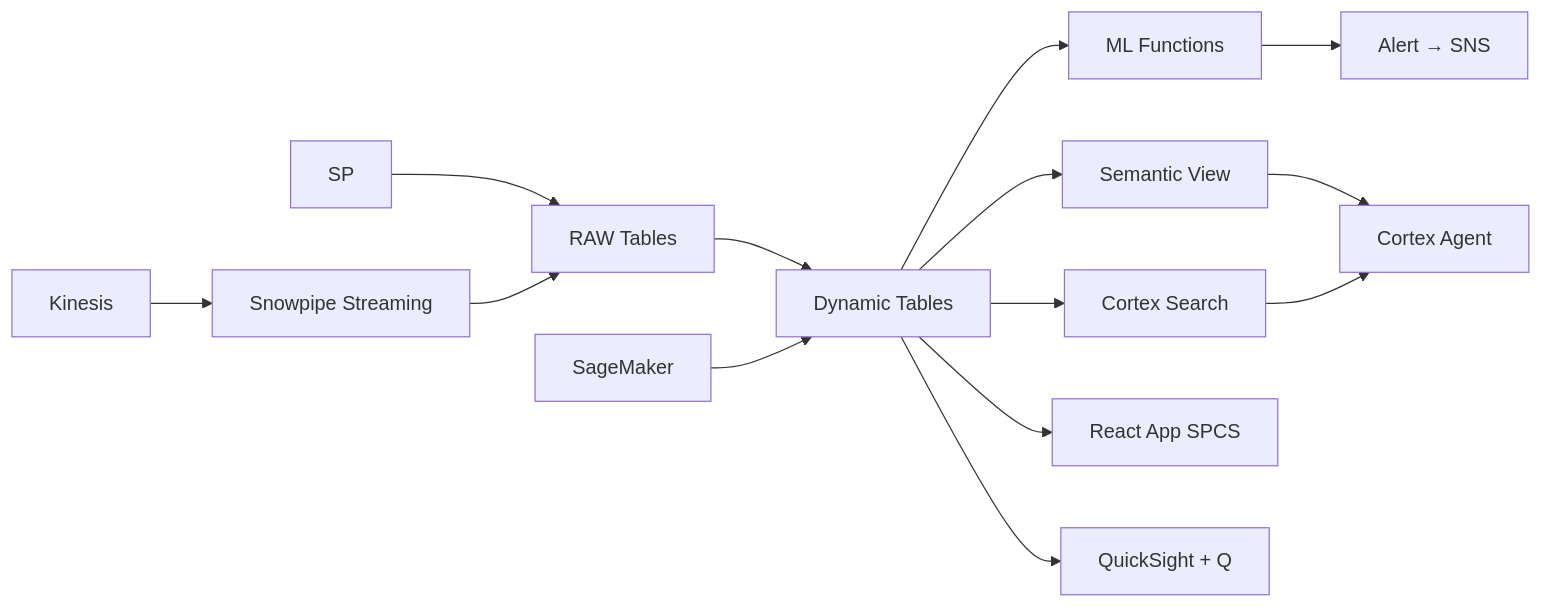
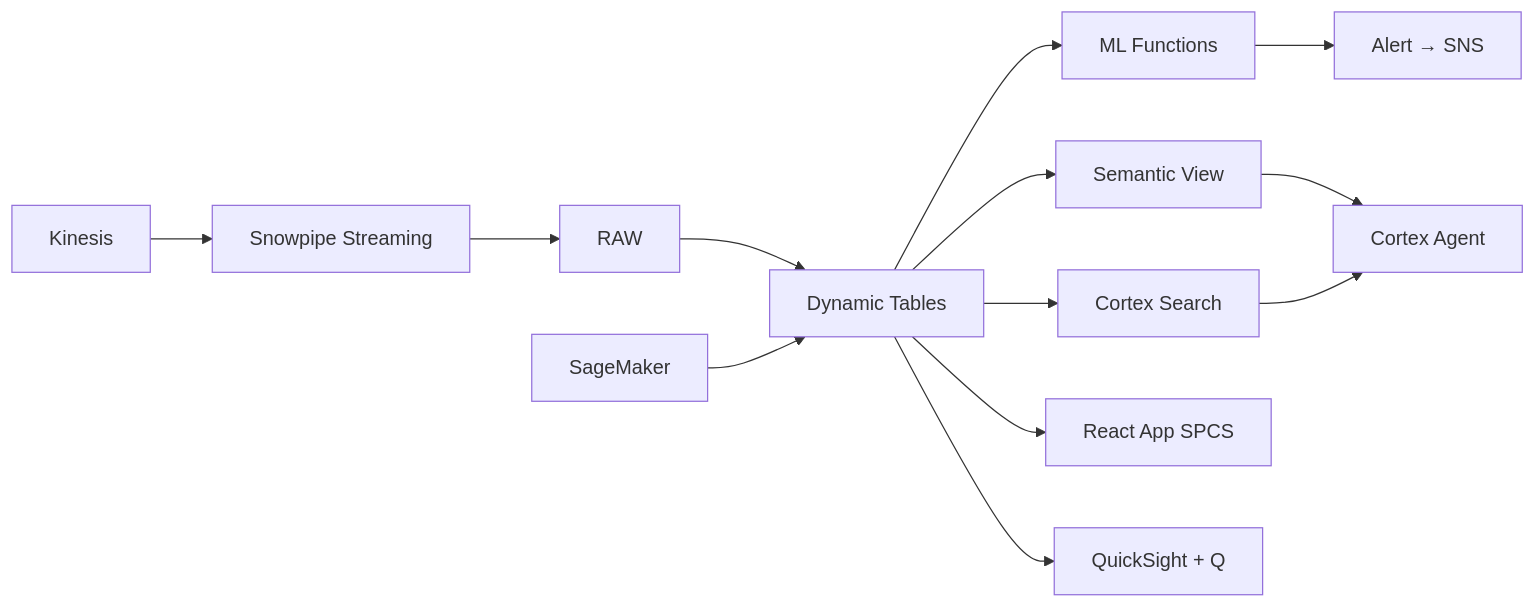
One commit to sfc-gh-jasvestis/aws-philippines-remittance-digital-wallet changed the diagram in README.md. Above: the diagram before and after it, drawn with Mermaid. The commit also changed 7 other files, not shown here.

Commit message:
Fix: add all source files, .gitignore, fix Mermaid diagram

````diff
--- a/README.md
+++ b/README.md
@@ -9,16 +9,15 @@
 ```mermaid
 flowchart LR
     KIN[Kinesis] --> SPS[Snowpipe Streaming]
-    SP --> RAW[RAW Tables]
     SPS --> RAW
     RAW --> DT[Dynamic Tables]
     DT --> ML[ML Functions]
     DT --> SEARCH[Cortex Search]
     DT --> SV[Semantic View]
     SV --> AGENT[Cortex Agent]
     SEARCH --> AGENT
     DT --> APP[React App SPCS]
     SM[SageMaker] --> DT
     DT --> QS[QuickSight + Q]
     ML --> ALERT[Alert → SNS]
 ```
````
